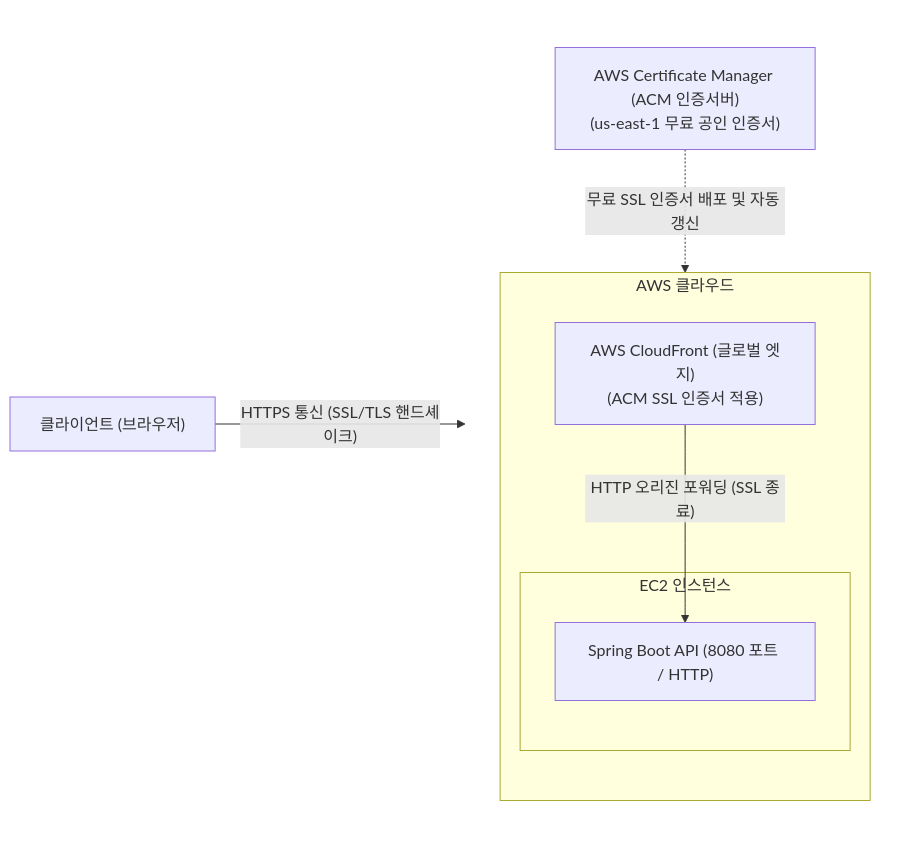
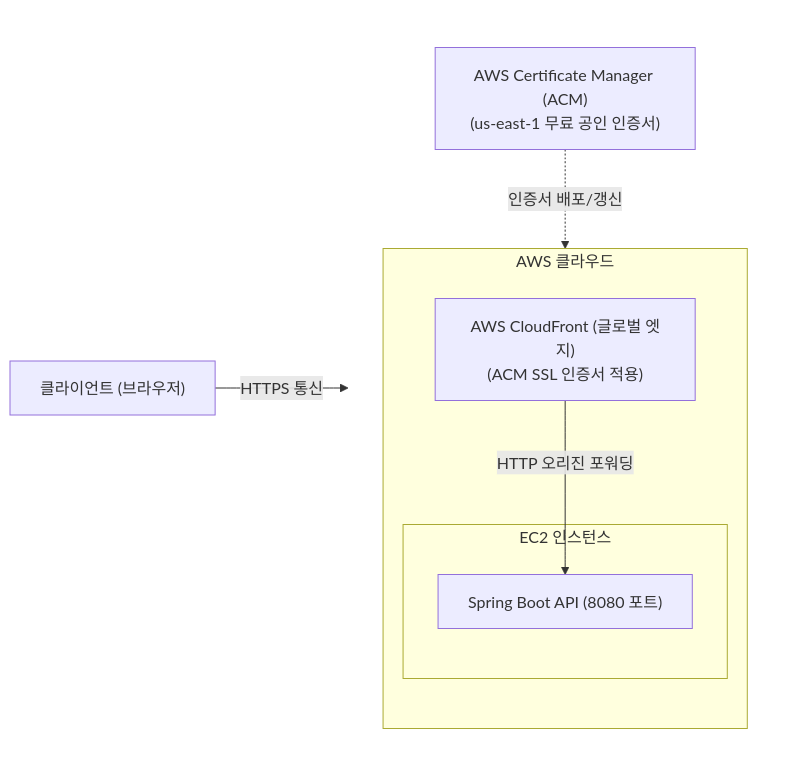
The third of 4 diagrams in guide/04.challenge.md (likelion-backend-25th/22-project-sns), drawn with Mermaid before and after one commit. The commit also changed other lines of this file, not shown here.

````diff
--- a/guide/04.challenge.md
+++ b/guide/04.challenge.md
@@ -305,23 +307,24 @@
 ```mermaid
 flowchart LR
     Client["클라이언트 (브라우저)"]
 
     subgraph ServerSide[" "]
         direction TB
-        ACM["AWS Certificate Manager (ACM 인증서버)<br/>(us-east-1 무료 공인 인증서)"]
+        ACM["AWS Certificate Manager (ACM)<br/>(us-east-1 무료 공인 인증서)"]
 
         subgraph AWS["AWS 클라우드"]
             direction TB
             CloudFront["AWS CloudFront (글로벌 엣지)<br/>(ACM SSL 인증서 적용)"]
             subgraph EC2["EC2 인스턴스"]
-                SpringBoot["Spring Boot API (8080 포트 / HTTP)"]
+                SpringBoot["Spring Boot API (8080 포트)"]
             end
+
+            CloudFront -->|"HTTP 오리진 포워딩"| SpringBoot
         end
     end
 
-    Client -->|"HTTPS 통신 (SSL/TLS 핸드셰이크)"| CloudFront
-    ACM -.->|"무료 SSL 인증서 배포 및 자동 갱신"| CloudFront
-    CloudFront -->|"HTTP 오리진 포워딩 (SSL 종료)"| SpringBoot
+    Client -->|"HTTPS 통신"| CloudFront
+    ACM -.->|"인증서 배포/갱신"| CloudFront
 
     style ServerSide fill:none,stroke:none
 ```
````
